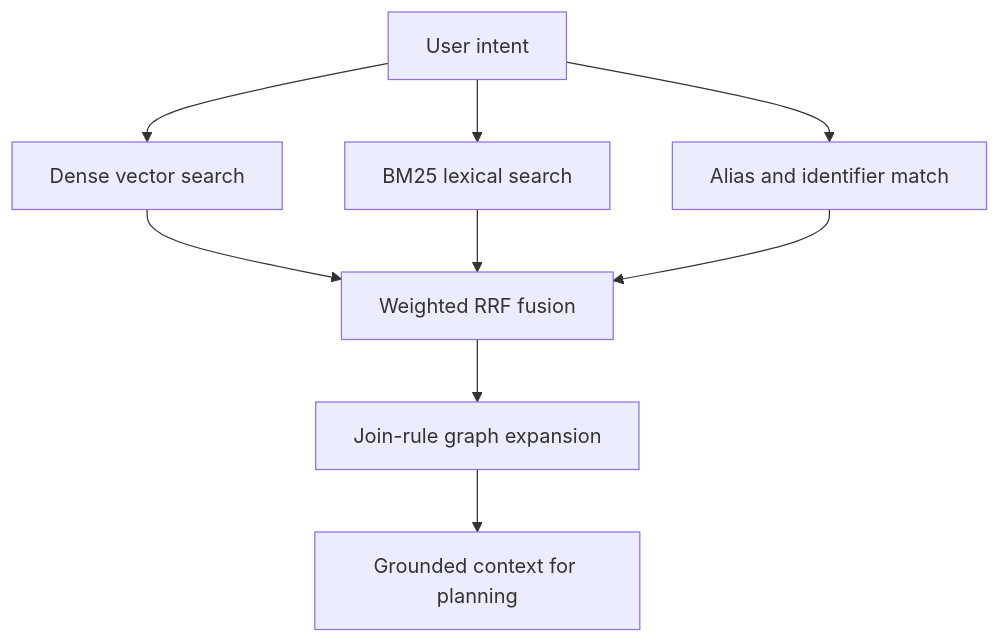
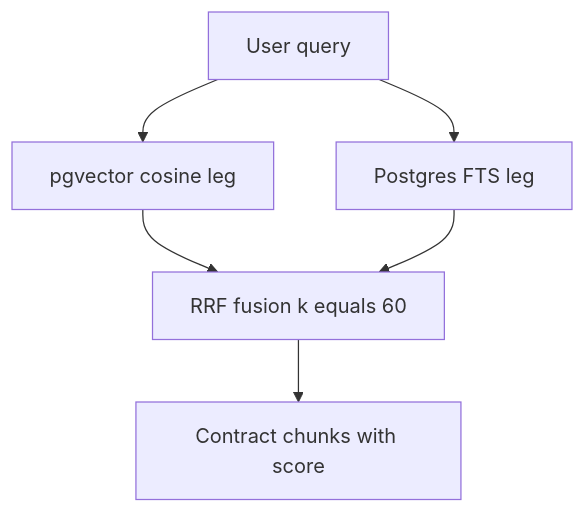
The second of 2 diagrams in openwiki/agent/semantic-layer.md (NDTruongDanh/SE373-Analytics-Agent), drawn with Mermaid before and after one commit. The commit also changed other lines of this file and 19 other files, not shown here.

````diff
--- a/openwiki/agent/semantic-layer.md
+++ b/openwiki/agent/semantic-layer.md
@@ -107,11 +132,8 @@
 ```mermaid
 flowchart TD
-  Q["User intent"] --> D["Dense vector search"]
-  Q --> L["BM25 lexical search"]
-  Q --> M["Alias and identifier match"]
-  D --> R["Weighted RRF fusion"]
+  Q["User query"] --> D["pgvector cosine leg"]
+  Q --> L["Postgres FTS leg"]
+  D --> R["RRF fusion k equals 60"]
   L --> R
-  M --> R
-  R --> J["Join-rule graph expansion"]
-  J --> S["Grounded context for planning"]
+  R --> S["Contract chunks with score"]
 ```
````
